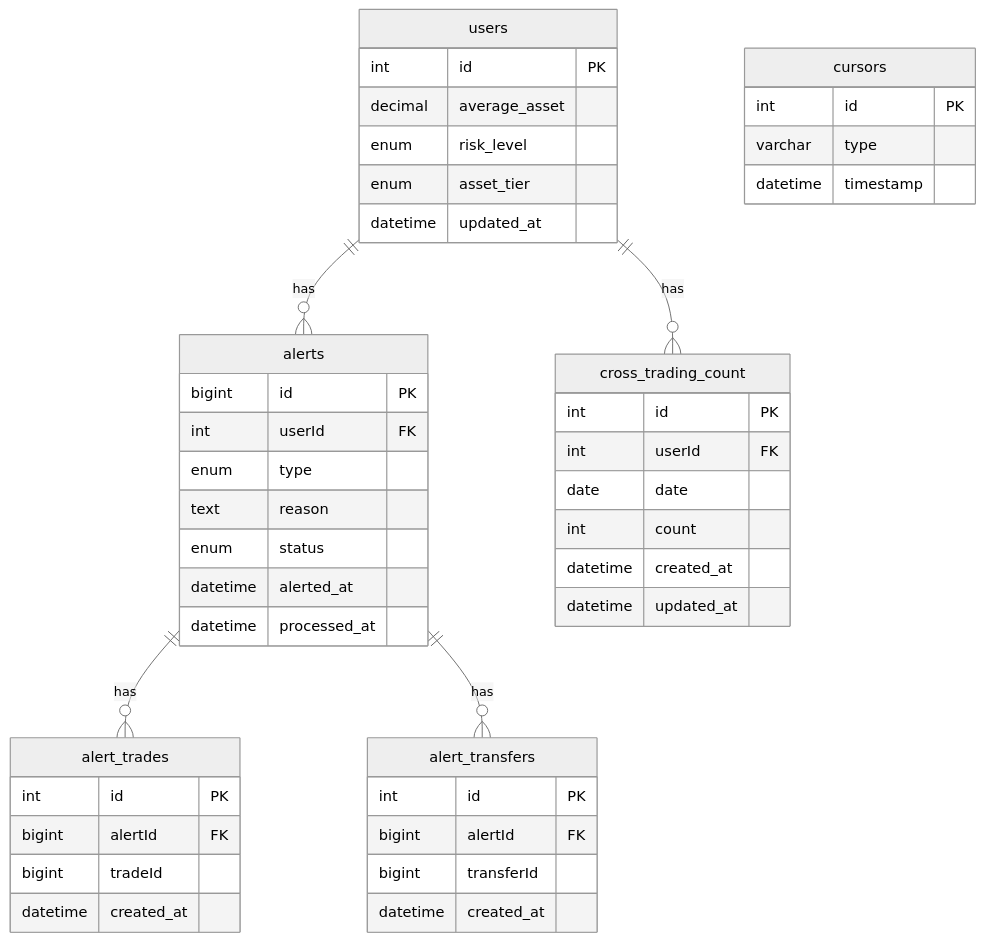
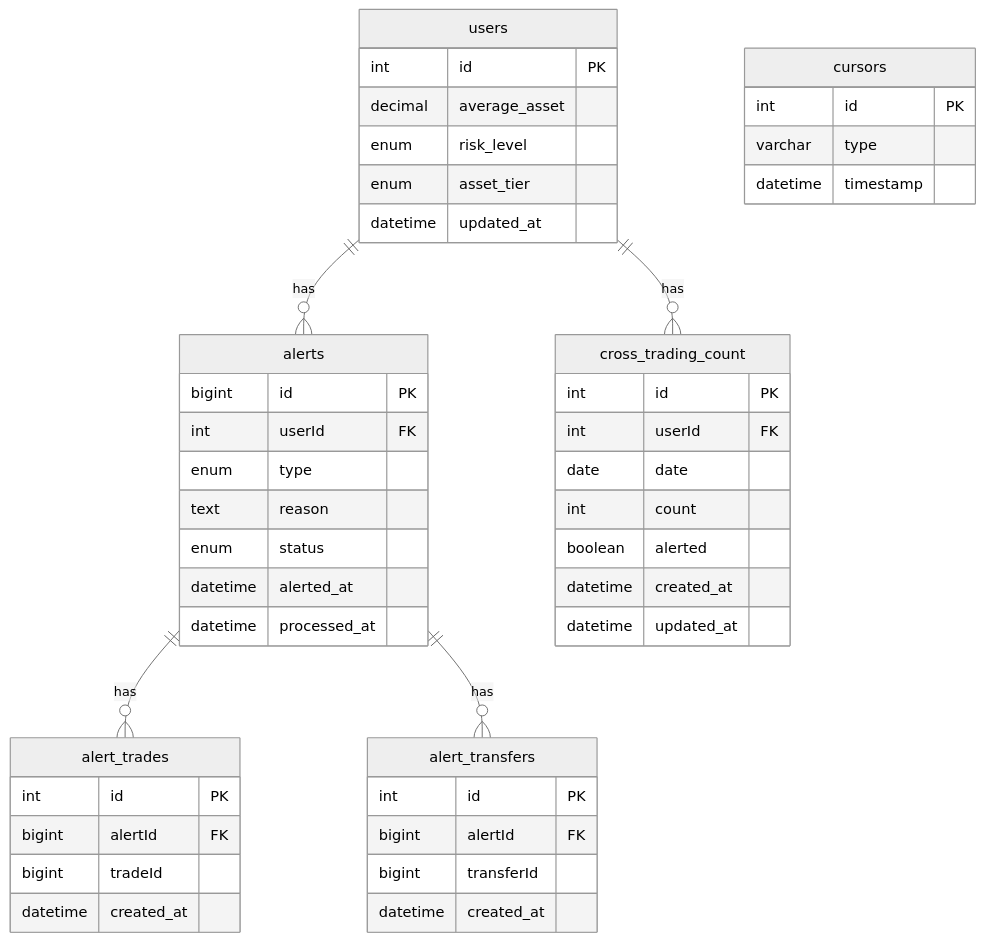
One commit to kangbaek324/AML changed the first of 2 diagrams in backend/README.md. Above: the diagram before and after it, drawn with Mermaid (neutral theme). The commit also changed other lines of this file, not shown here.

````diff
--- a/backend/README.md
+++ b/backend/README.md
@@ -18,54 +18,55 @@
 ```mermaid
 erDiagram
     users ||--o{ alerts : "has"
     users ||--o{ cross_trading_count : "has"
     alerts ||--o{ alert_trades : "has"
     alerts ||--o{ alert_transfers : "has"
 
     users {
         int id PK
         decimal average_asset
         enum risk_level
         enum asset_tier
         datetime updated_at
     }
 
     alerts {
         bigint id PK
         int userId FK
         enum type
         text reason
         enum status
         datetime alerted_at
         datetime processed_at
     }
 
     alert_trades {
         int id PK
         bigint alertId FK
         bigint tradeId
         datetime created_at
     }
 
     alert_transfers {
         int id PK
         bigint alertId FK
         bigint transferId
         datetime created_at
     }
 
     cross_trading_count {
         int id PK
         int userId FK
         date date
         int count
+        boolean alerted
         datetime created_at
         datetime updated_at
     }
 
     cursors {
         int id PK
         varchar type
         datetime timestamp
     }
 ```
````
